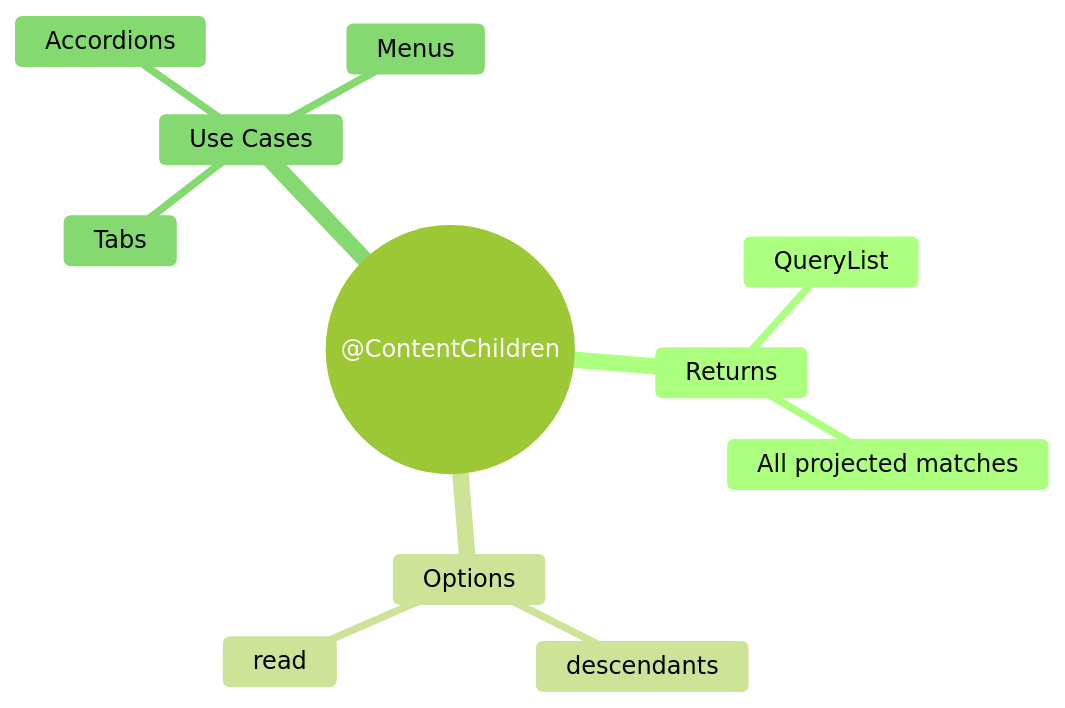
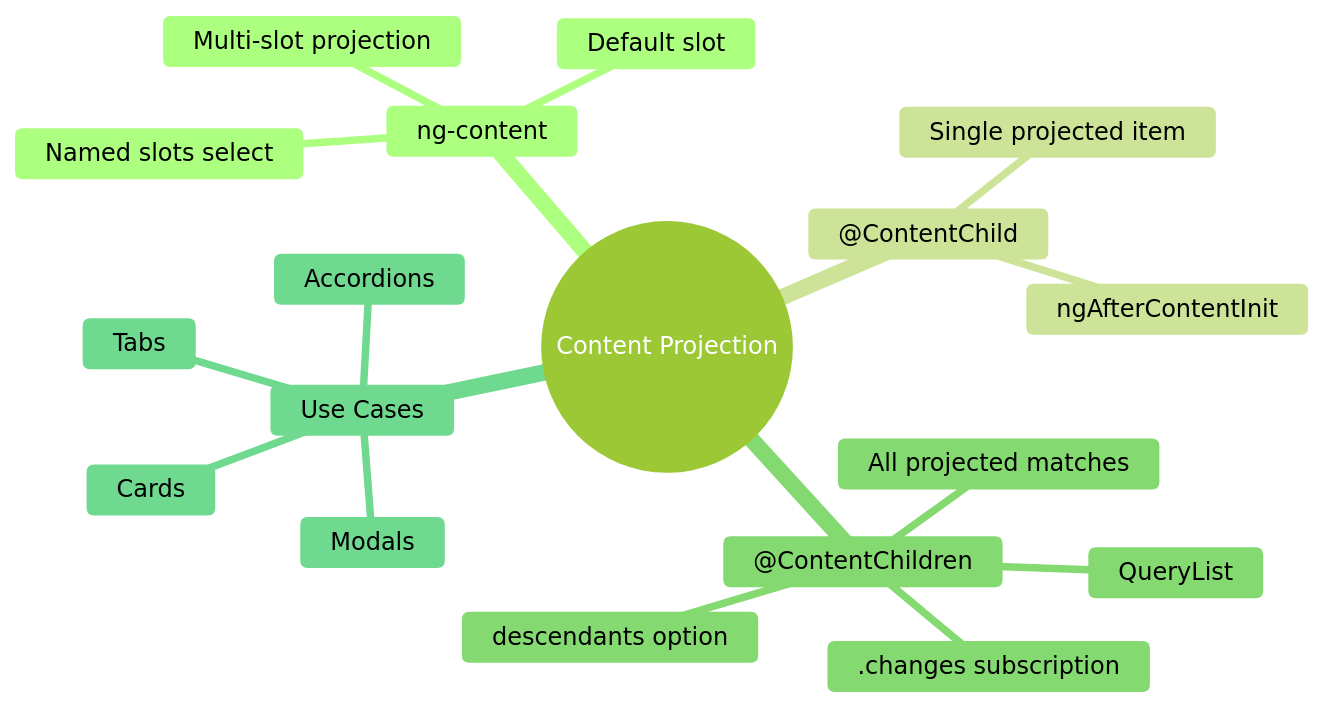
One commit to Vijay-Barapatre/Angular-feature changed the fourth of 4 diagrams in src/app/features/viewchild-contentchild/components/use-case-4/guide.md. Above: the diagram before and after it, drawn with Mermaid (forest theme). The commit also changed other lines of this file and 9 other files, not shown here.

Commit message:
feat: Add new guides and practice exercises for Angular's input/output and view/content child features.

````diff
--- a/src/app/features/viewchild-contentchild/components/use-case-4/guide.md
+++ b/src/app/features/viewchild-contentchild/components/use-case-4/guide.md
@@ -143,14 +436,21 @@
 ```mermaid
 mindmap
-  root((@ContentChildren))
-    Returns
+  root((Content Projection))
+    ng-content
+      Default slot
+      Named slots select
+      Multi-slot projection
+    @ContentChild
+      Single projected item
+      ngAfterContentInit
+    @ContentChildren
       QueryList
       All projected matches
-    Options
-      descendants
-      read
+      descendants option
+      .changes subscription
     Use Cases
+      Cards
       Tabs
       Accordions
-      Menus
+      Modals
 ```
````
